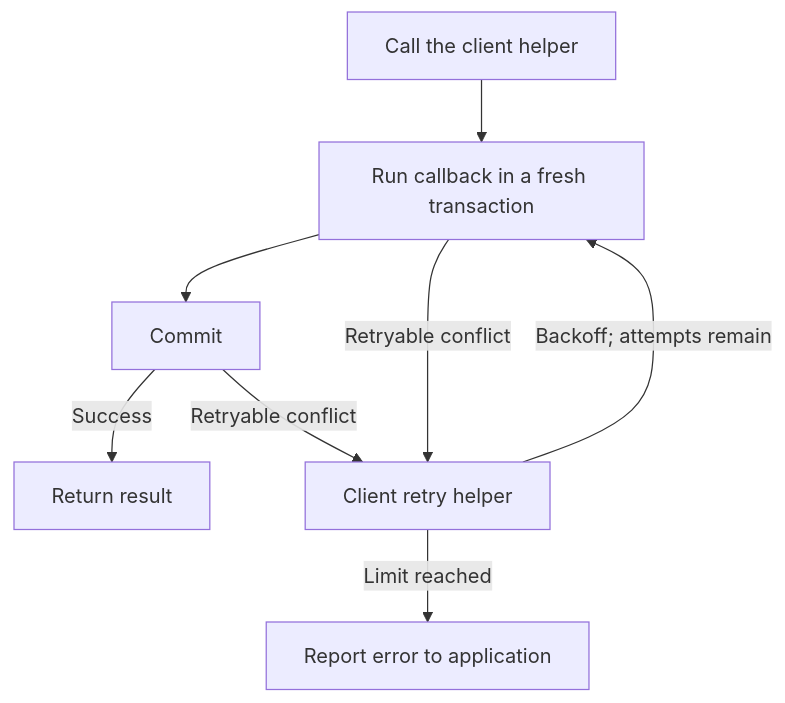
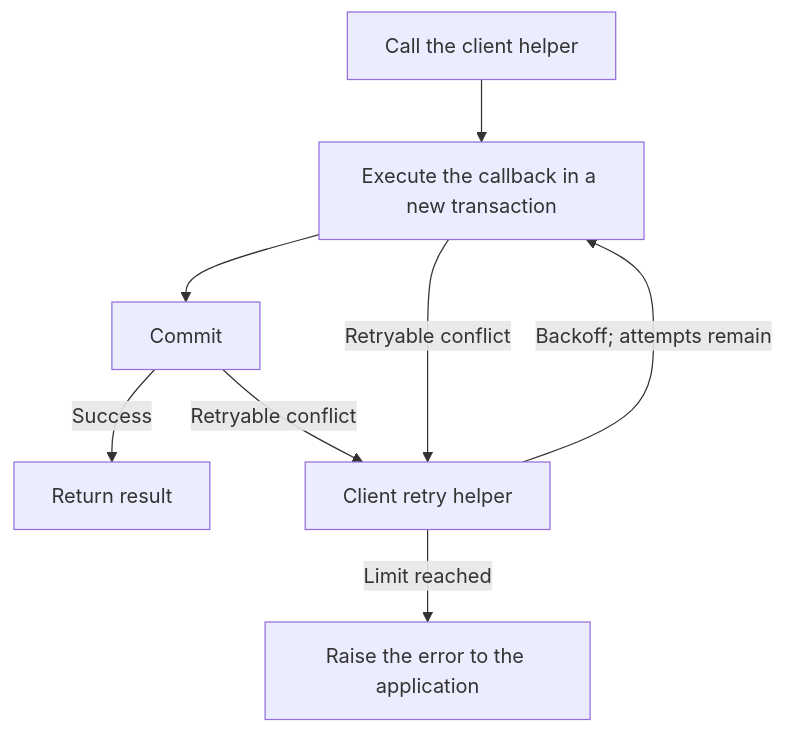
One commit to camusdb/camusdb.github.io changed the diagram in docs/serializable-retries.md. Above: the diagram before and after it, drawn with Mermaid. The commit also changed other lines of this file and 216 other files, not shown here.

````diff
--- a/docs/serializable-retries.md
+++ b/docs/serializable-retries.md
@@ -133,10 +146,10 @@
 ```mermaid
 flowchart TD
-    A["Call the client helper"] --> B["Run callback in a fresh transaction"]
+    A["Call the client helper"] --> B["Execute the callback in a new transaction"]
     B --> C["Commit"]
     C -->|Success| D["Return result"]
     B -->|Retryable conflict| E["Client retry helper"]
     C -->|Retryable conflict| E
     E -->|"Backoff; attempts remain"| B
-    E -->|Limit reached| F["Report error to application"]
+    E -->|Limit reached| F["Raise the error to the application"]
 ```
````
